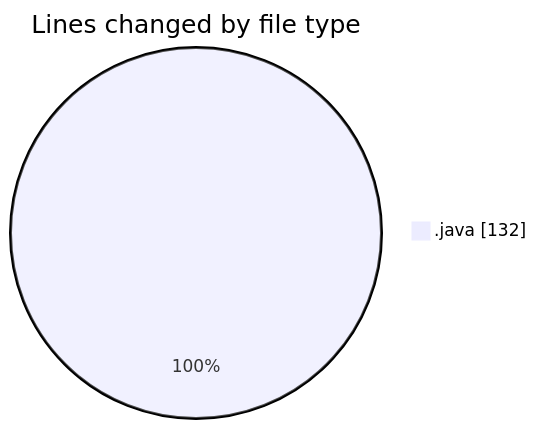
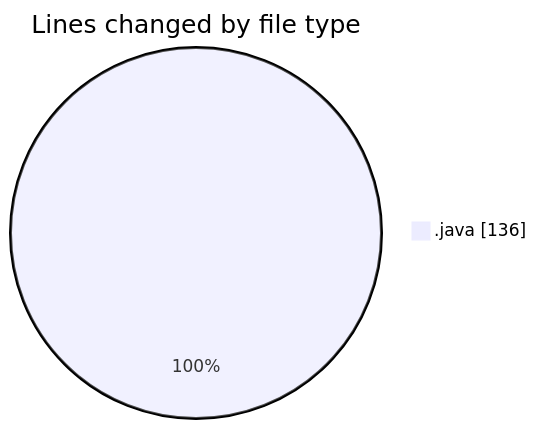
The first of 2 diagrams in 2026-11-02/taskforge/README.md (hasnaa123/code-tracking), drawn with Mermaid before and after one commit. The commit also changed other lines of this file and 1 other file, not shown here.

````diff
--- a/2026-11-02/taskforge/README.md
+++ b/2026-11-02/taskforge/README.md
@@ -22,5 +22,5 @@
 ```mermaid
 pie showData
 title Lines changed by file type
-".java" : 132
+".java" : 136
 ```
````
